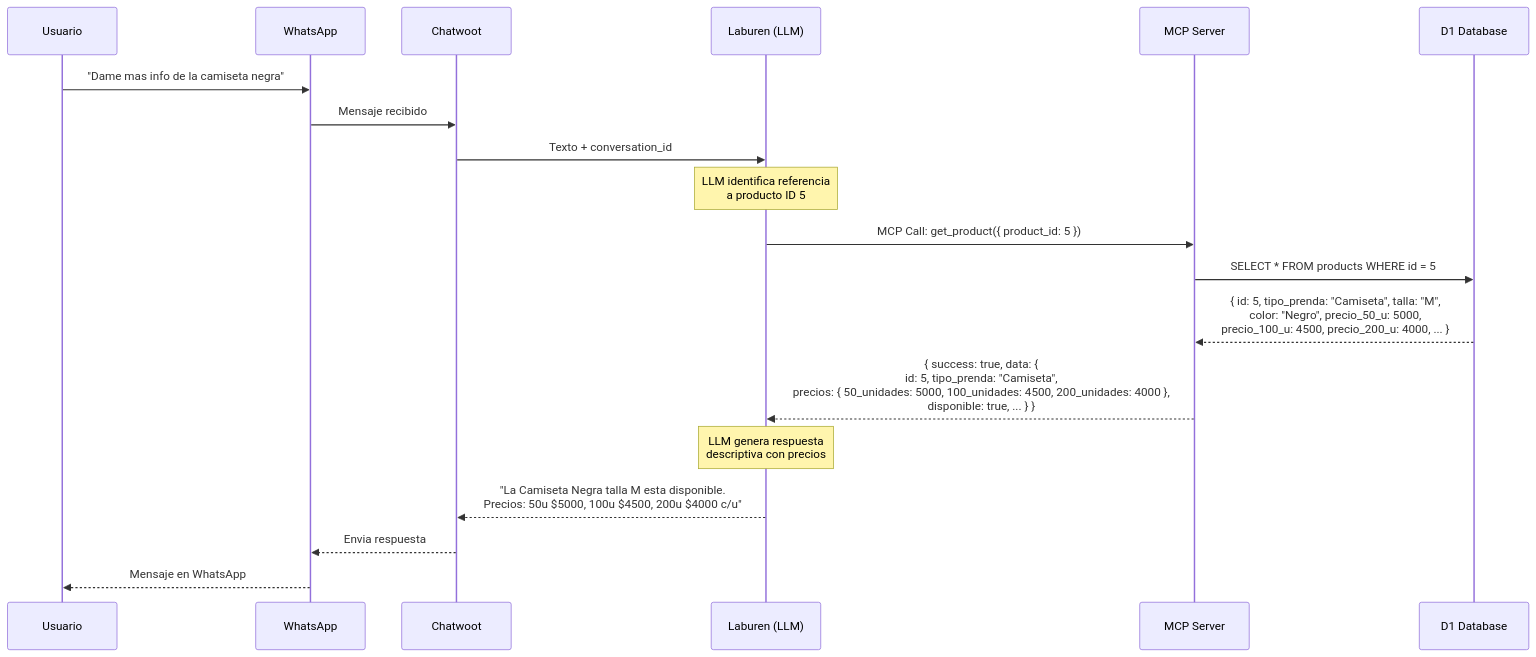
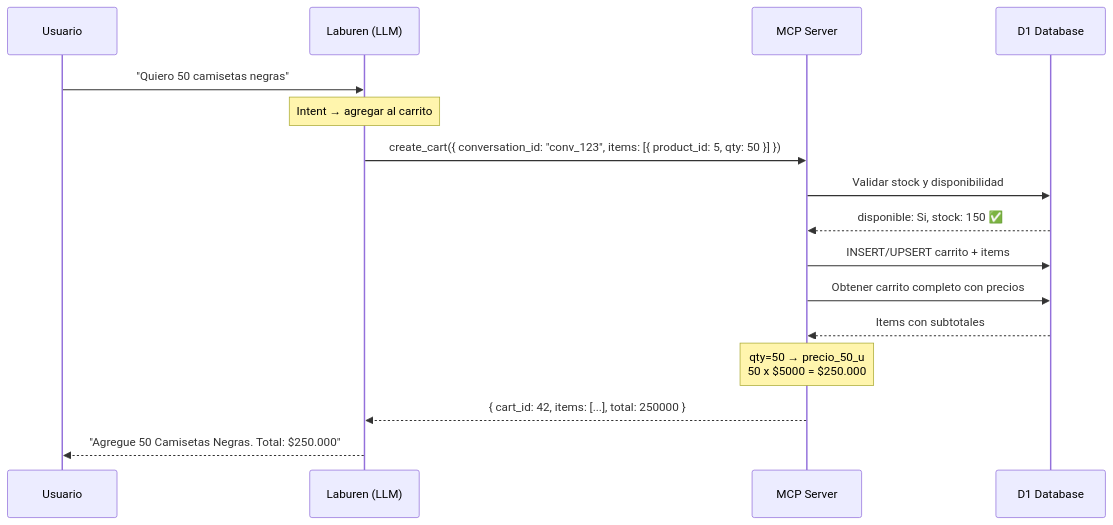
One commit to ArielDRighi/laburen-challenge changed the third of 4 diagrams in docs/flujo-agente.md. Above: the diagram before and after it, drawn with Mermaid. The commit also changed other lines of this file and 13 other files, not shown here.

````diff
--- a/docs/flujo-agente.md
+++ b/docs/flujo-agente.md
@@ -86,26 +51,22 @@
 ```mermaid
 sequenceDiagram
     participant U as Usuario
-    participant W as WhatsApp
-    participant C as Chatwoot
     participant L as Laburen (LLM)
     participant M as MCP Server
     participant D as D1 Database
 
-    U->>W: "Dame mas info de la camiseta negra"
-    W->>C: Mensaje recibido
-    C->>L: Texto + conversation_id
+    U->>L: "Quiero 50 camisetas negras"
+    Note over L: Intent → agregar al carrito
+    L->>M: create_cart({ conversation_id: "conv_123", items: [{ product_id: 5, qty: 50 }] })
 
-    Note over L: LLM identifica referencia<br/>a producto ID 5
+    M->>D: Validar stock y disponibilidad
+    D-->>M: disponible: Si, stock: 150 ✅
+    M->>D: INSERT/UPSERT carrito + items
+    M->>D: Obtener carrito completo con precios
+    D-->>M: Items con subtotales
 
-    L->>M: MCP Call: get_product({ product_id: 5 })
-    M->>D: SELECT * FROM products WHERE id = 5
-    D-->>M: { id: 5, tipo_prenda: "Camiseta", talla: "M",<br/>color: "Negro", precio_50_u: 5000,<br/>precio_100_u: 4500, precio_200_u: 4000, ... }
-    M-->>L: { success: true, data: {<br/>  id: 5, tipo_prenda: "Camiseta",<br/>  precios: { 50_unidades: 5000, 100_unidades: 4500, 200_unidades: 4000 },<br/>  disponible: true, ... } }
+    Note over M: qty=50 → precio_50_u<br/>50 x $5000 = $250.000
 
-    Note over L: LLM genera respuesta<br/>descriptiva con precios
-
-    L-->>C: "La Camiseta Negra talla M esta disponible.<br/>Precios: 50u $5000, 100u $4500, 200u $4000 c/u"
-    C-->>W: Envia respuesta
-    W-->>U: Mensaje en WhatsApp
+    M-->>L: { cart_id: 42, items: [...], total: 250000 }
+    L-->>U: "Agregue 50 Camisetas Negras. Total: $250.000"
 ```
````
